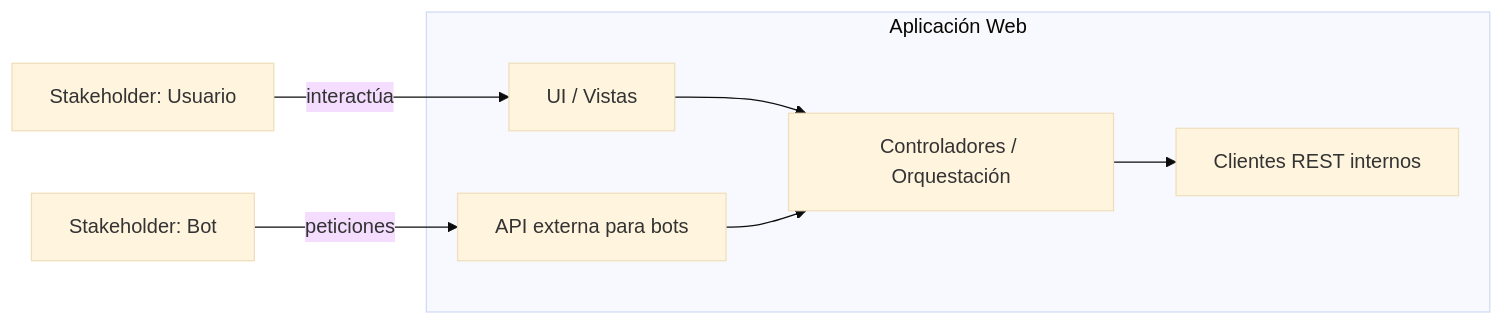
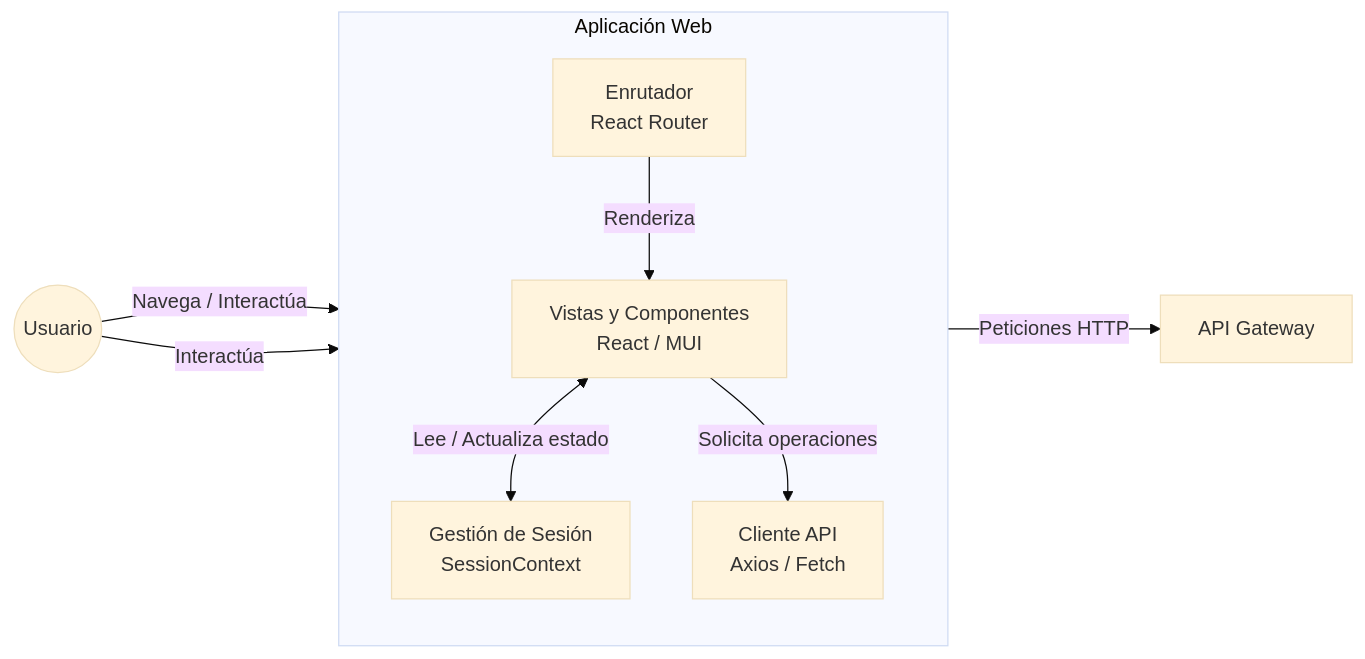
Before and after one commit to Arquisoft/yovi_es5c: the second of 4 diagrams in docs/src/05_building_block_view.adoc, drawn with Mermaid (base theme). The commit also changed other lines of this file, not shown here.

```diff
--- a/docs/src/05_building_block_view.adoc
+++ b/docs/src/05_building_block_view.adoc
@@ -59,20 +64,22 @@
 [mermaid, "bb-level2-webapp", png]
 ----
 flowchart LR
-  U[Stakeholder: Usuario]
-  B[Stakeholder: Bot]
+  U((Usuario))
+  GW[API Gateway]
 
-  subgraph W[Aplicación Web]
-    UI[UI / Vistas]
-    APIEXT[API externa para bots]
-    CTRL[Controladores / Orquestación]
-    CL[Clientes REST internos]
+  subgraph WebApp [Aplicación Web]
+    direction TB
+    Router[Enrutador\nReact Router]
+    UI[Vistas y Componentes\nReact / MUI]
+    Context[Gestión de Sesión\nSessionContext]
+    APIClient[Cliente API\nAxios / Fetch]
   end
 
-  U -->|interactúa| UI
-  B -->|peticiones| APIEXT
-
-  UI --> CTRL
-  APIEXT --> CTRL
-  CTRL --> CL
+  U -->|Navega / Interactúa| Router
+  U -->|Interactúa| UI
+  
+  Router -->|Renderiza| UI
+  UI <-->|Lee / Actualiza estado| Context
+  UI -->|Solicita operaciones| APIClient
+  APIClient -->|Peticiones HTTP| GW
 ----
```
